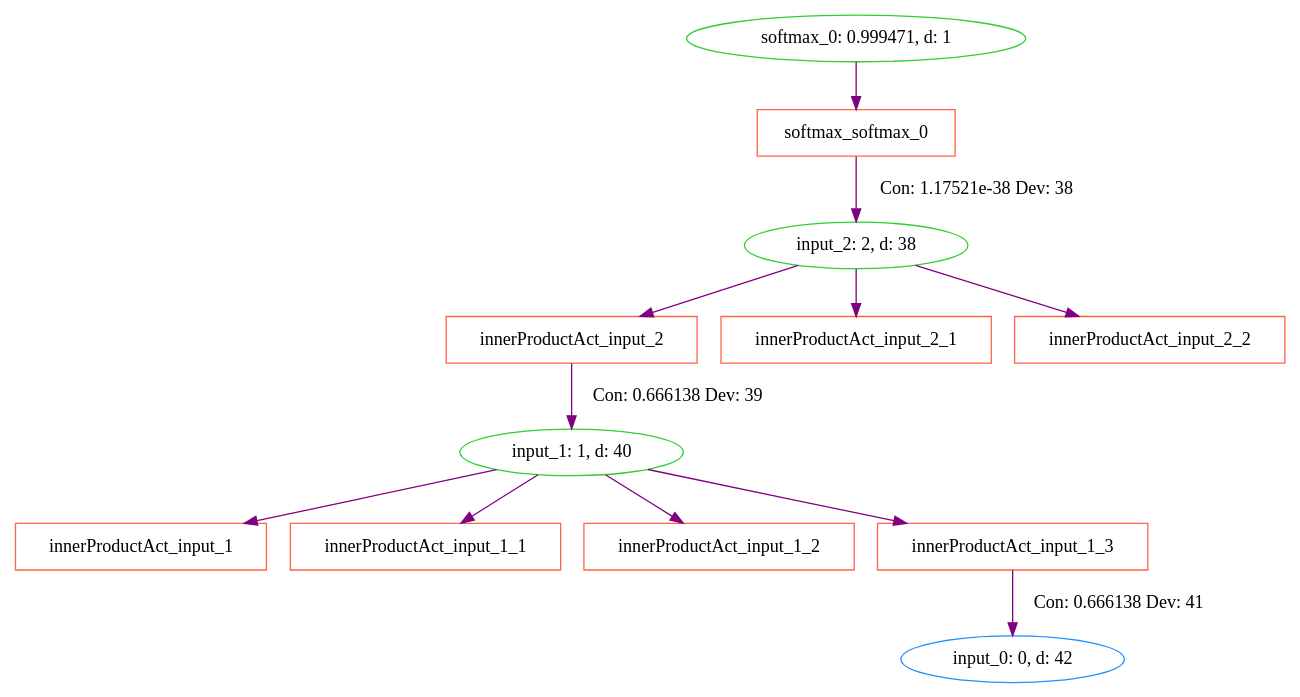
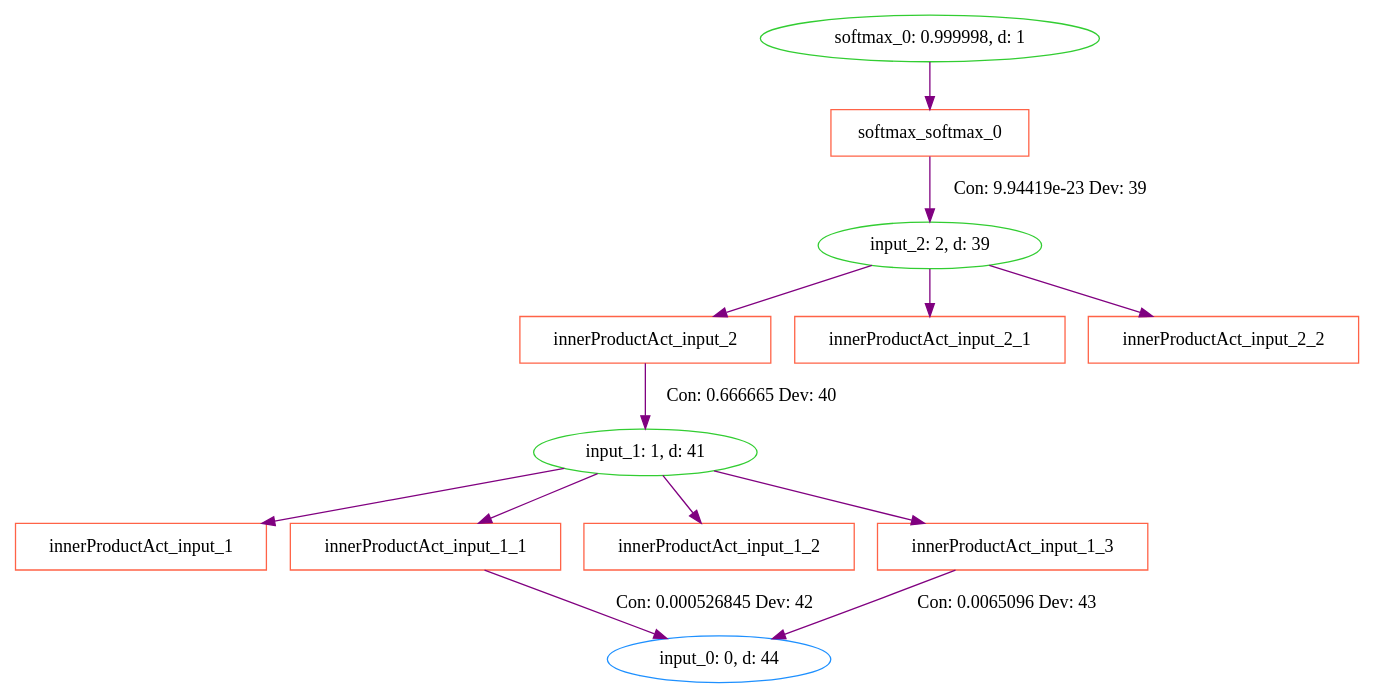
The diagram in data/iris/cprov/test2-softmax_0-approx.dot (milliondegree/PXAI), drawn with Graphviz before and after one commit. The commit also changed 12 other files, not shown here.

```diff
--- a/data/iris/cprov/test2-softmax_0-approx.dot
+++ b/data/iris/cprov/test2-softmax_0-approx.dot
@@ -1,36 +1,38 @@
 digraph G {
-0 [label="softmax_0: 0.999471, d: 1", shape=oval, color=limegreen];
+0 [label="softmax_0: 0.999998, d: 1", shape=oval, color=limegreen];
 1 [label="softmax_softmax_0", shape=box, color=tomato];
-2 [label="input_2: 2, d: 38", shape=oval, color=limegreen];
+2 [label="input_2: 2, d: 39", shape=oval, color=limegreen];
 3 [label="innerProductAct_input_2", shape=box, color=tomato];
-4 [label="input_1: 1, d: 40", shape=oval, color=limegreen];
+4 [label="input_1: 1, d: 41", shape=oval, color=limegreen];
 5 [label="innerProductAct_input_1", shape=box, color=tomato];
 6 [label="innerProductAct_input_1_1", shape=box, color=tomato];
-7 [label="innerProductAct_input_1_2", shape=box, color=tomato];
-8 [label="innerProductAct_input_1_3", shape=box, color=tomato];
-9 [label="input_0: 0, d: 42", shape=oval, color=dodgerblue];
+7 [label="input_0: 0, d: 44", shape=oval, color=dodgerblue];
+8 [label="innerProductAct_input_1_2", shape=box, color=tomato];
+9 [label="innerProductAct_input_1_3", shape=box, color=tomato];
 10 [label="innerProductAct_input_2_1", shape=box, color=tomato];
 11 [label="innerProductAct_input_2_2", shape=box, color=tomato];
 0->1  [color=purple]
  [label=""];
 1->2  [color=purple]
- [label="Con: 1.17521e-38 Dev: 38"];
+ [label="Con: 9.94419e-23 Dev: 39"];
 2->3  [color=purple]
  [label=""];
 4->5  [color=purple]
  [label=""];
 4->6  [color=purple]
  [label=""];
-4->7  [color=purple]
+4->8  [color=purple]
  [label=""];
-4->8  [color=purple]
+4->9  [color=purple]
  [label=""];
 2->10  [color=purple]
  [label=""];
 2->11  [color=purple]
  [label=""];
 3->4  [color=purple]
- [label="Con: 0.666138 Dev: 39"];
-8->9  [color=purple]
- [label="Con: 0.666138 Dev: 41"];
+ [label="Con: 0.666665 Dev: 40"];
+6->7  [color=purple]
+ [label="Con: 0.000526845 Dev: 42"];
+9->7  [color=purple]
+ [label="Con: 0.0065096 Dev: 43"];
 }
```
